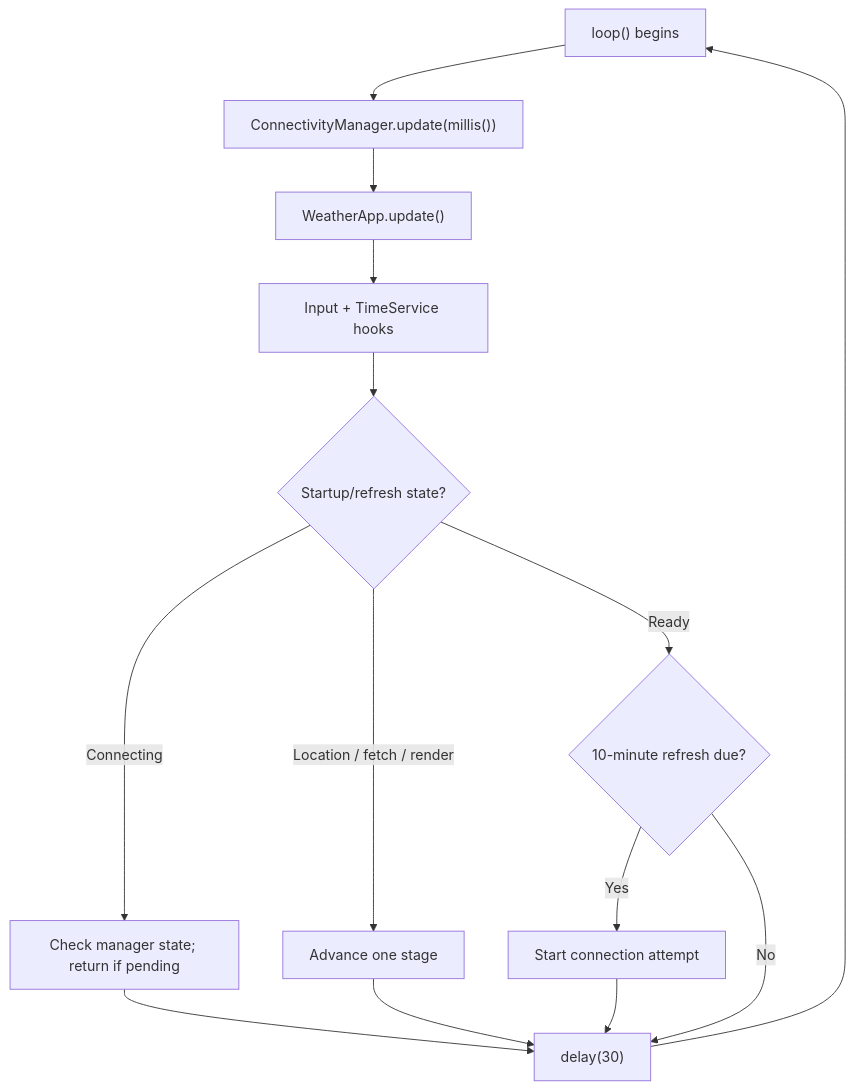
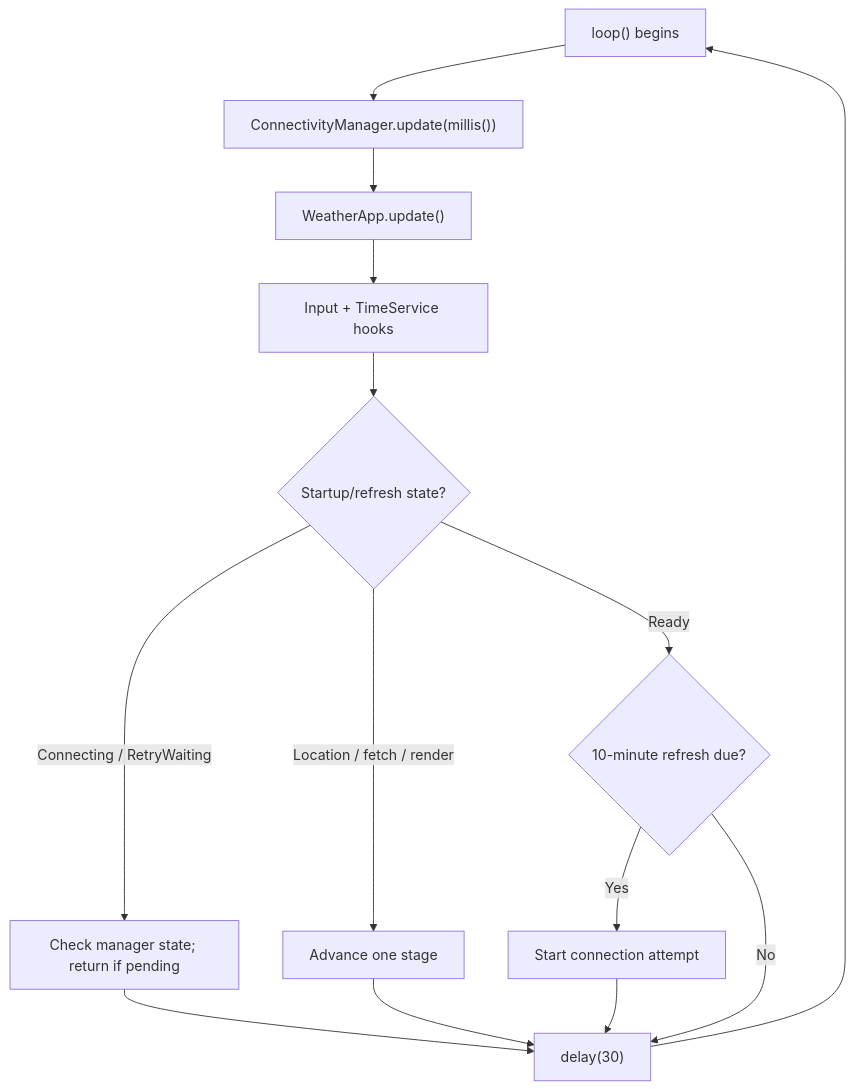
Before and after one commit to mdrmx/esp32-gadget: the third of 5 diagrams in docs/PHASE0_STEP2_RUNTIME_DATA_FLOW.md, drawn with Mermaid. The commit also changed other lines of this file, not shown here.

Commit message:
Update runtime flow for Wi-Fi recovery manager

````diff
--- a/docs/PHASE0_STEP2_RUNTIME_DATA_FLOW.md
+++ b/docs/PHASE0_STEP2_RUNTIME_DATA_FLOW.md
@@ -133,16 +133,16 @@
 ```mermaid
 flowchart TD
     A["loop() begins"] --> B["ConnectivityManager.update(millis())"]
     B --> C["WeatherApp.update()"]
     C --> D["Input + TimeService hooks"]
     D --> E{"Startup/refresh state?"}
-    E -->|Connecting| F["Check manager state; return if pending"]
+    E -->|Connecting / RetryWaiting| F["Check manager state; return if pending"]
     E -->|Location / fetch / render| G["Advance one stage"]
     E -->|Ready| H{"10-minute refresh due?"}
     H -->|Yes| I["Start connection attempt"]
     H -->|No| J["delay(30)"]
     F --> J
     G --> J
     I --> J
     J --> A
 ```
````
